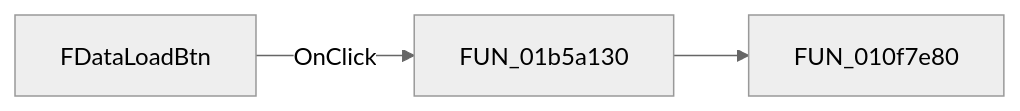
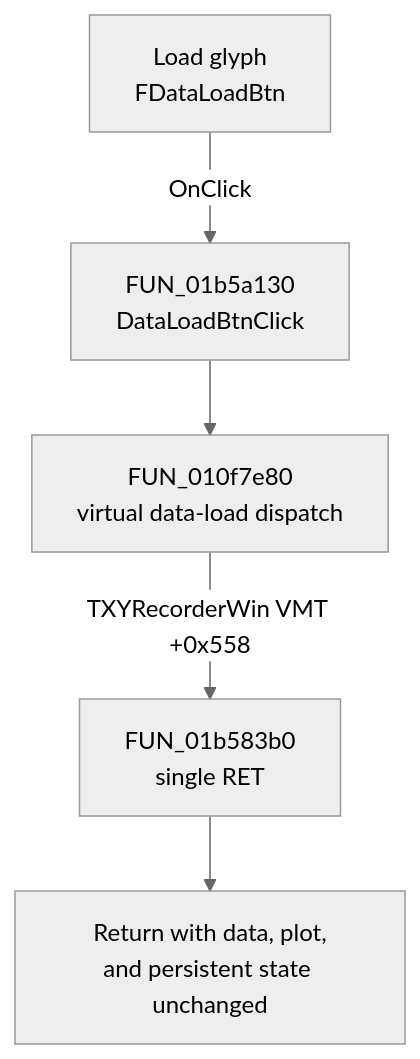
One commit to MovGP0/TIARA changed the diagram in docs/ui-controls/xyrecorderwin/fdataloadbtn-959b743c33.md. Above: the diagram before and after it, drawn with Mermaid (neutral theme). The commit also changed other lines of this file and 387 other files, not shown here.

````diff
--- a/docs/ui-controls/xyrecorderwin/fdataloadbtn-959b743c33.md
+++ b/docs/ui-controls/xyrecorderwin/fdataloadbtn-959b743c33.md
@@ -27,5 +29,7 @@
 ```mermaid
-flowchart LR
-    control["FDataLoadBtn"] -->|OnClick| handler["FUN_01b5a130"]
-    handler --> call1["FUN_010f7e80"]
+flowchart TD
+    control["Load glyph<br/>FDataLoadBtn"] -->|OnClick| handler["FUN_01b5a130<br/>DataLoadBtnClick"]
+    handler --> dispatcher["FUN_010f7e80<br/>virtual data-load dispatch"]
+    dispatcher -->|"TXYRecorderWin VMT +0x558"| disabled["FUN_01b583b0<br/>single RET"]
+    disabled --> unchanged["Return with data, plot,<br/>and persistent state unchanged"]
 ```
````
